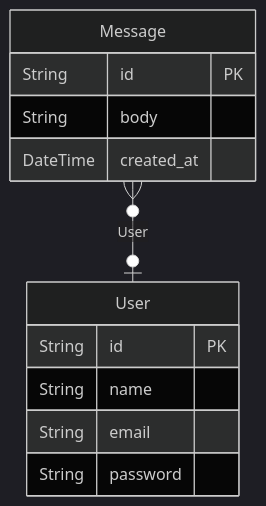
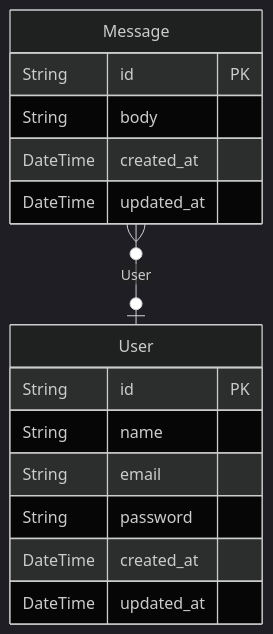
One commit to na2na-p/sns-app changed the diagram in documents/db/erd.md. Above: the diagram before and after it, drawn with Mermaid (dark theme). The commit also changed 3 other files, not shown here.

````diff
--- a/documents/db/erd.md
+++ b/documents/db/erd.md
@@ -1,19 +1,22 @@
 ```mermaid
 erDiagram
 
   User {
     String id PK 
     String name  
     String email  
     String password  
+    DateTime created_at  
+    DateTime updated_at  
     }
   
 
   Message {
     String id PK 
     String body  
     DateTime created_at  
+    DateTime updated_at  
     }
   
     Message o{--|o User : "User"
 ```
````
